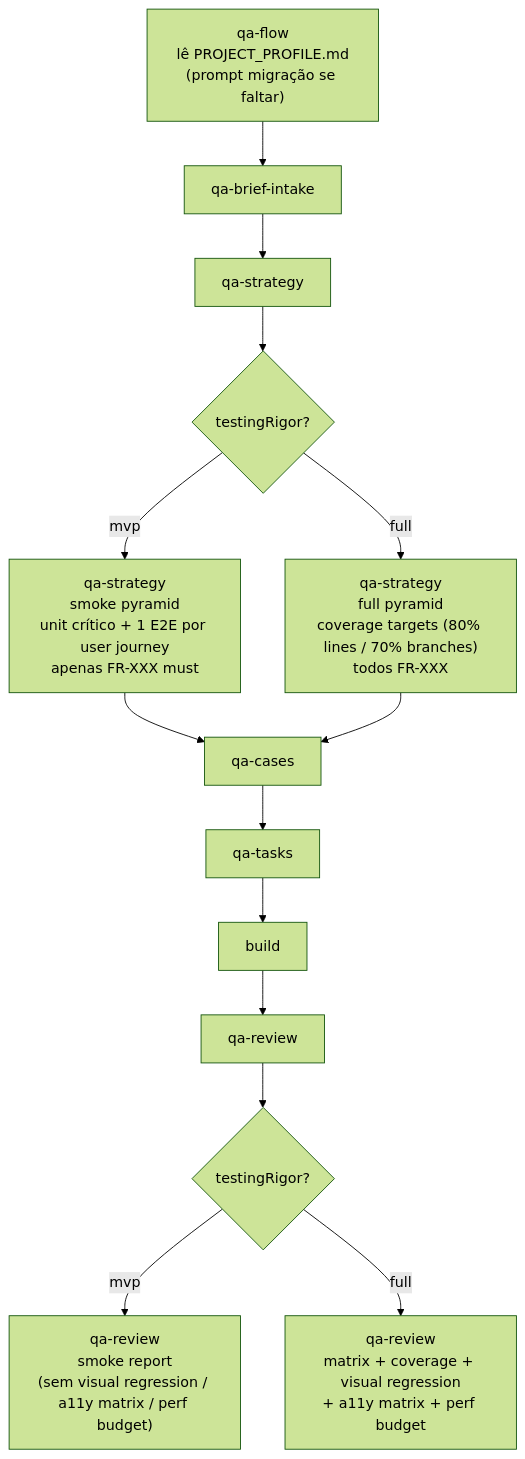
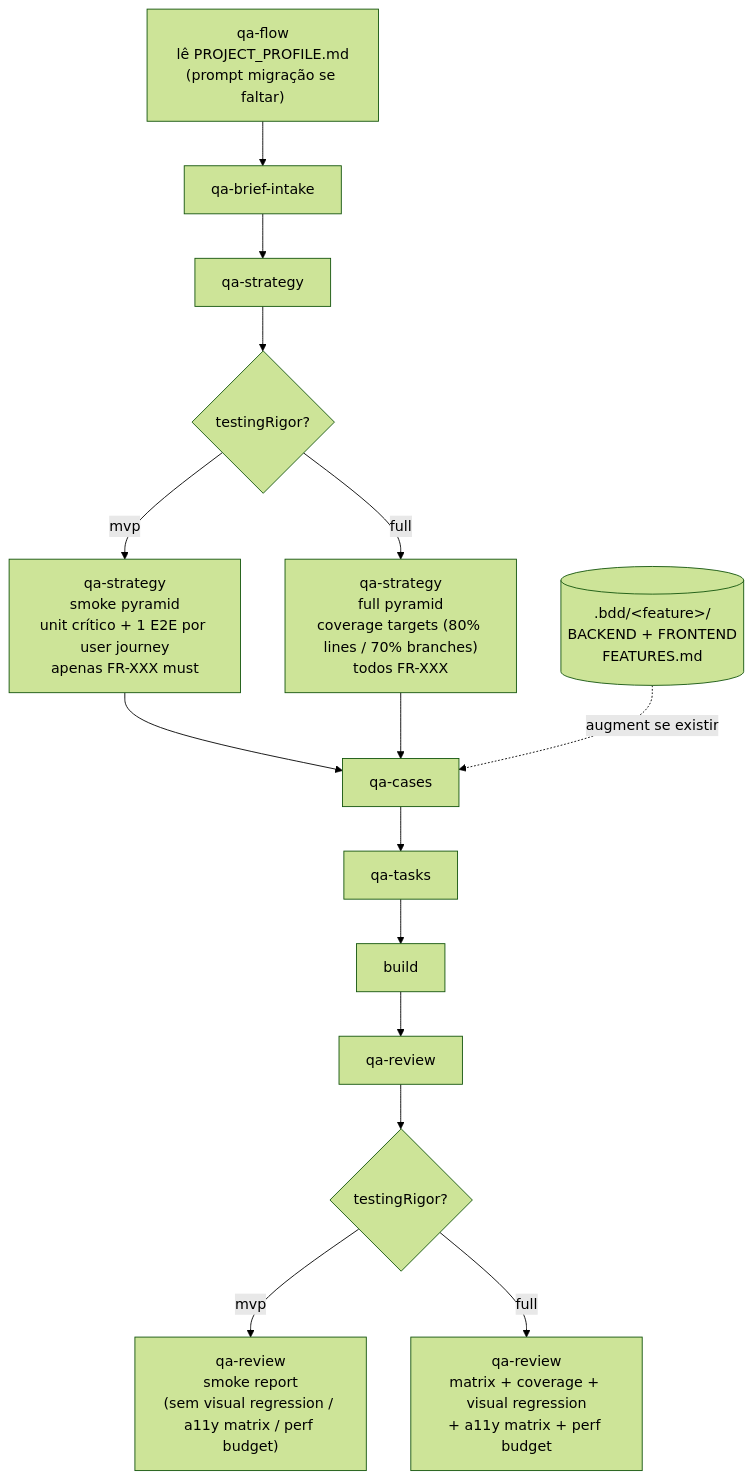
Before and after one commit to diegocredidio/project-skills: the seventh of 10 diagrams in docs/skills-flow.md, drawn with Mermaid (forest theme). The commit also changed other lines of this file and 3 other files, not shown here.

````diff
--- a/docs/skills-flow.md
+++ b/docs/skills-flow.md
@@ -123,16 +168,17 @@
 ```mermaid
 flowchart TD
     Flow["qa-flow<br/>lê PROJECT_PROFILE.md<br/>(prompt migração se faltar)"] --> Brief[qa-brief-intake]
     Brief --> Strategy[qa-strategy]
     Strategy --> Mode{testingRigor?}
     Mode -->|mvp| StratSlim["qa-strategy<br/>smoke pyramid<br/>unit crítico + 1 E2E por user journey<br/>apenas FR-XXX must"]
     Mode -->|full| StratFull["qa-strategy<br/>full pyramid<br/>coverage targets (80% lines / 70% branches)<br/>todos FR-XXX"]
     StratSlim --> Cases[qa-cases]
     StratFull --> Cases
+    BDDIn[(".bdd/&lt;feature&gt;/<br/>BACKEND + FRONTEND<br/>FEATURES.md")] -.augment se existir.-> Cases
     Cases --> QTasks[qa-tasks]
     QTasks --> Build[build]
     Build --> Review[qa-review]
     Review --> RMode{testingRigor?}
     RMode -->|mvp| RSlim["qa-review<br/>smoke report<br/>(sem visual regression / a11y matrix / perf budget)"]
     RMode -->|full| RFull["qa-review<br/>matrix + coverage + visual regression<br/>+ a11y matrix + perf budget"]
 ```
````
